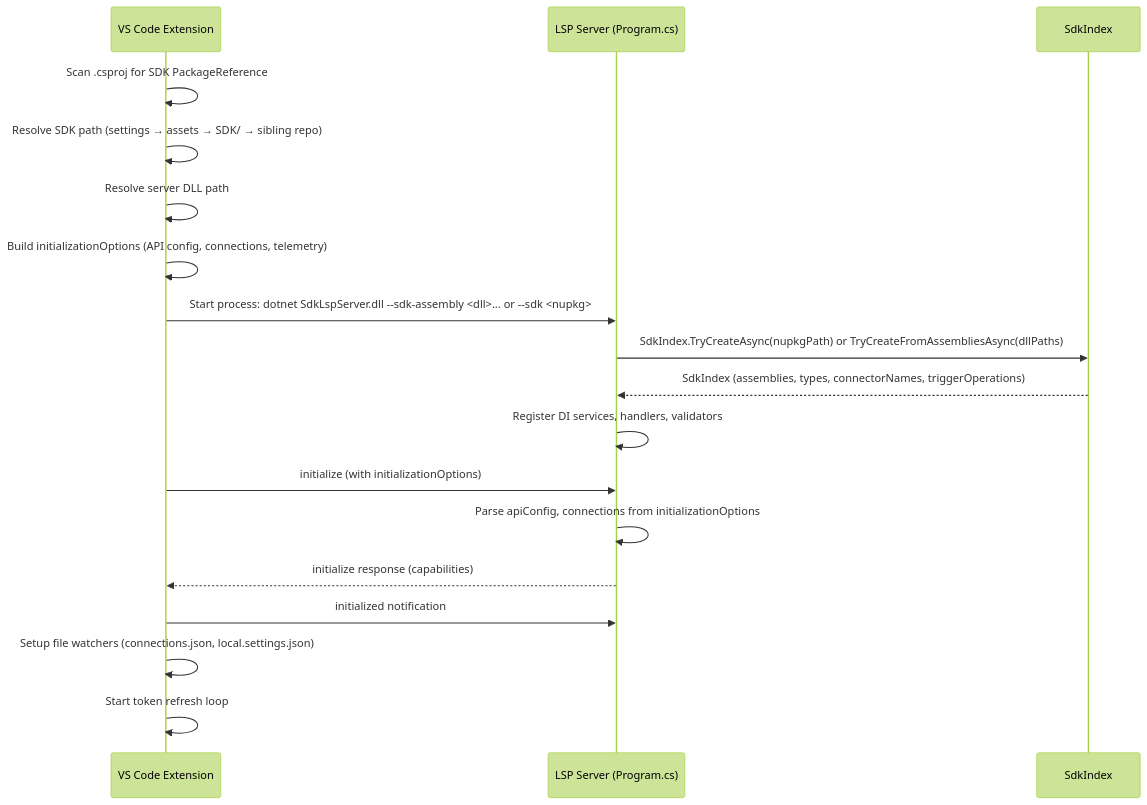
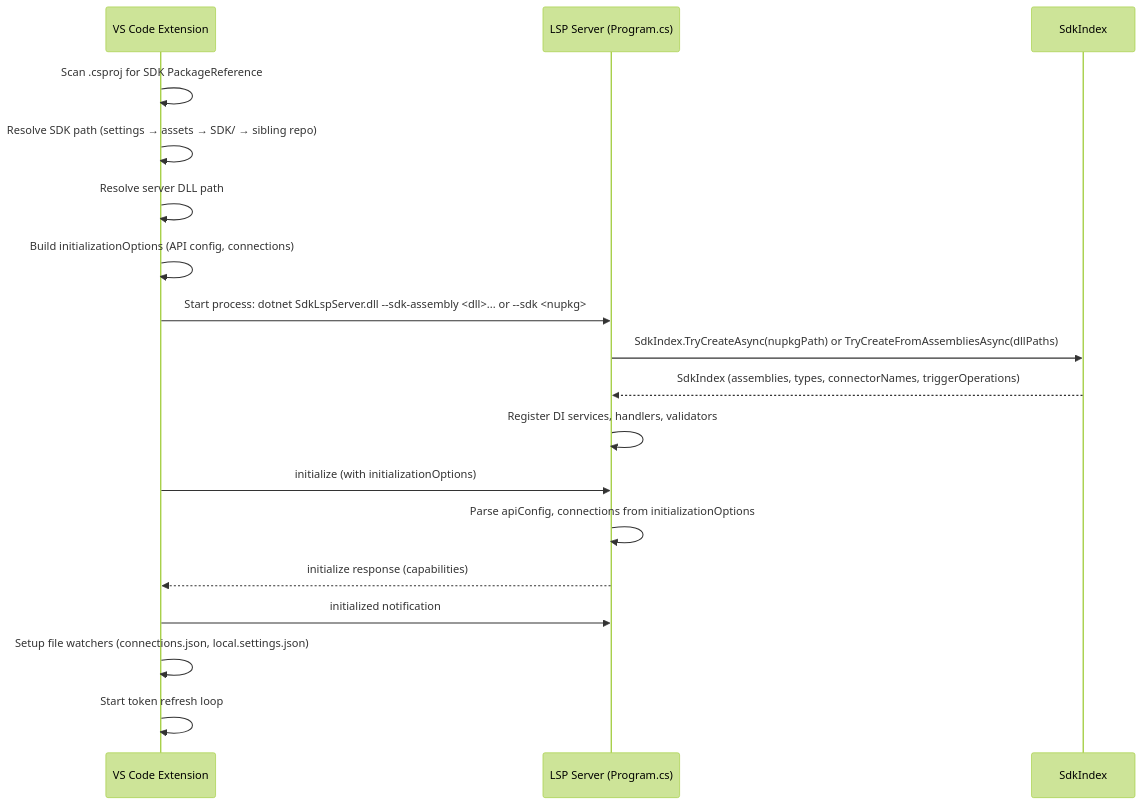
One commit to Azure/Connectors-NET-LSP changed the first of 5 diagrams in Docs/architecture.md. Above: the diagram before and after it, drawn with Mermaid (forest theme). The commit also changed other lines of this file, not shown here.

Commit message:
Address PR feedback round 4: telemetry in diagram, restore prompt conditions

````diff
--- a/Docs/architecture.md
+++ b/Docs/architecture.md
@@ -97,21 +97,21 @@
 ```mermaid
 sequenceDiagram
     participant VSCode as VS Code Extension
     participant Server as LSP Server (Program.cs)
     participant Index as SdkIndex
 
     VSCode->>VSCode: Scan .csproj for SDK PackageReference
     VSCode->>VSCode: Resolve SDK path (settings → assets → SDK/ → sibling repo)
     VSCode->>VSCode: Resolve server DLL path
-    VSCode->>VSCode: Build initializationOptions (API config, connections, telemetry)
+    VSCode->>VSCode: Build initializationOptions (API config, connections)
     VSCode->>Server: Start process: dotnet SdkLspServer.dll --sdk-assembly <dll>... or --sdk <nupkg>
     Server->>Index: SdkIndex.TryCreateAsync(nupkgPath) or TryCreateFromAssembliesAsync(dllPaths)
     Index-->>Server: SdkIndex (assemblies, types, connectorNames, triggerOperations)
     Server->>Server: Register DI services, handlers, validators
     VSCode->>Server: initialize (with initializationOptions)
     Server->>Server: Parse apiConfig, connections from initializationOptions
     Server-->>VSCode: initialize response (capabilities)
     VSCode->>Server: initialized notification
     VSCode->>VSCode: Setup file watchers (connections.json, local.settings.json)
     VSCode->>VSCode: Start token refresh loop
 ```
````
